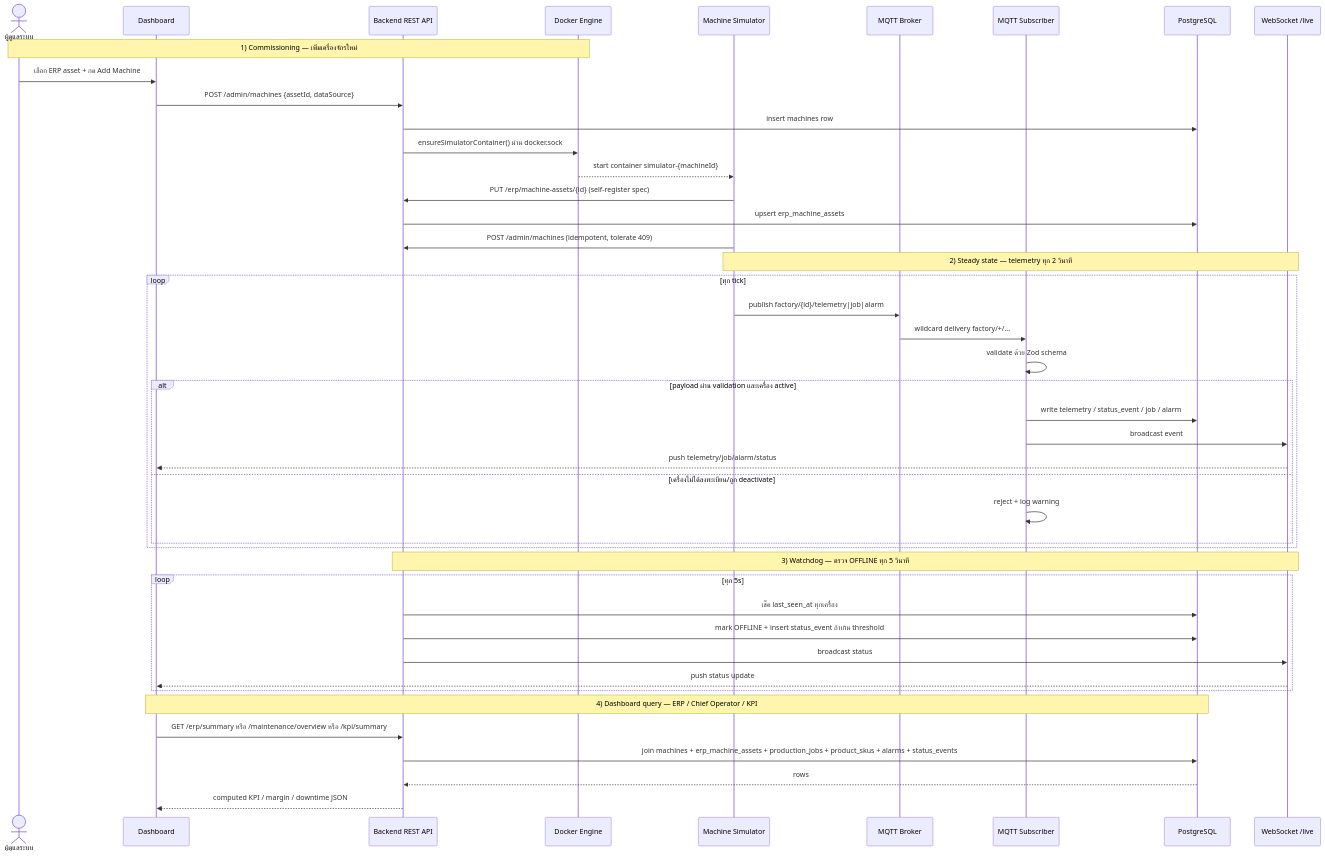
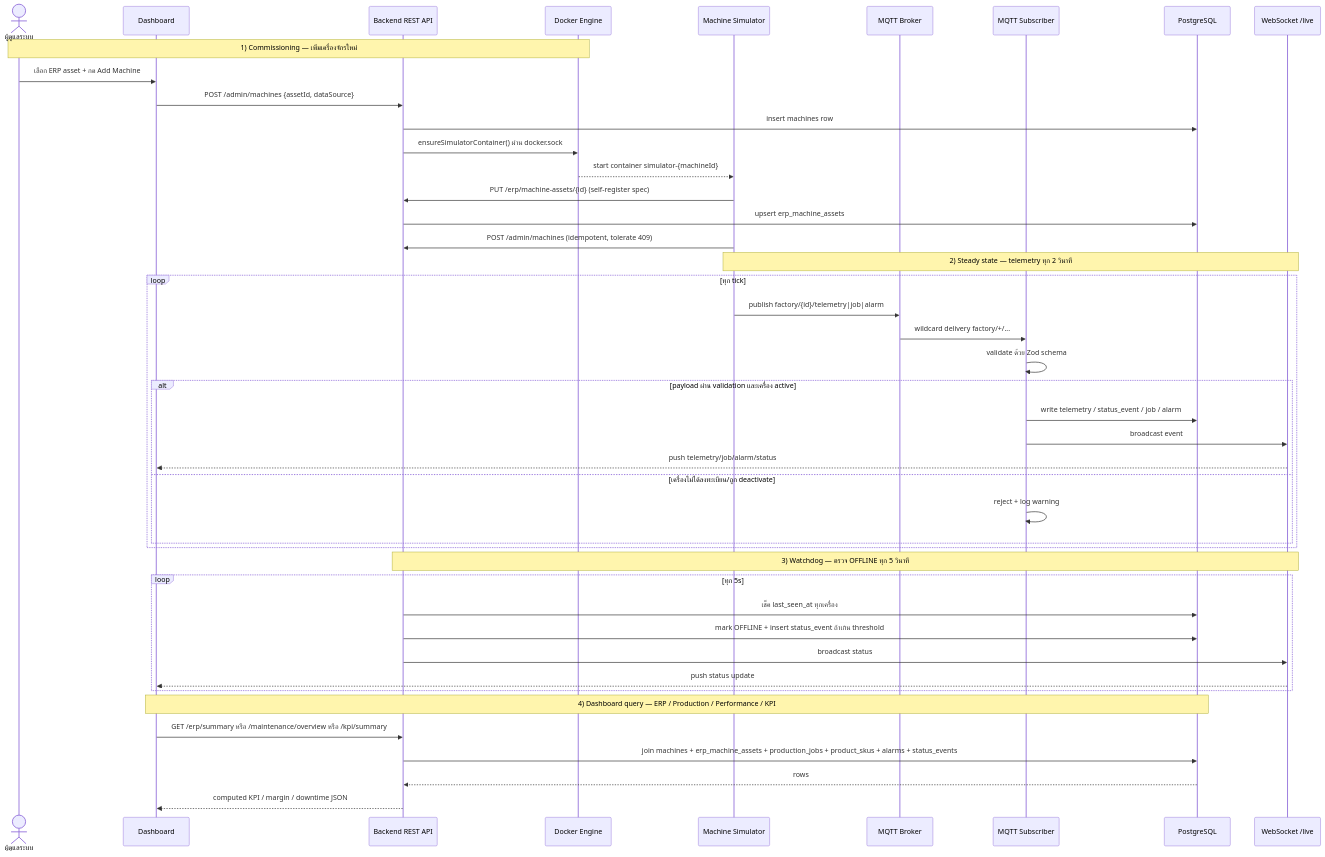
Before and after one commit to bowyani/Production_Monitoring: the second of 3 diagrams in README.md, drawn with Mermaid. The commit also changed other lines of this file and 16 other files, not shown here.

````diff
--- a/README.md
+++ b/README.md
@@ -294,50 +298,50 @@
 ```mermaid
 sequenceDiagram
     actor Admin as ผู้ดูแลระบบ
     participant Dash as Dashboard
     participant REST as Backend REST API
     participant Docker as Docker Engine
     participant Sim as Machine Simulator
     participant MQTT as MQTT Broker
     participant Sub as MQTT Subscriber
     participant DB as PostgreSQL
     participant WS as WebSocket /live
 
     Note over Admin,Docker: 1) Commissioning — เพิ่มเครื่องจักรใหม่
     Admin->>Dash: เลือก ERP asset + กด Add Machine
     Dash->>REST: POST /admin/machines {assetId, dataSource}
     REST->>DB: insert machines row
     REST->>Docker: ensureSimulatorContainer() ผ่าน docker.sock
     Docker-->>Sim: start container simulator-{machineId}
     Sim->>REST: PUT /erp/machine-assets/{id} (self-register spec)
     REST->>DB: upsert erp_machine_assets
     Sim->>REST: POST /admin/machines (idempotent, tolerate 409)
 
     Note over Sim,WS: 2) Steady state — telemetry ทุก 2 วินาที
     loop ทุก tick
         Sim->>MQTT: publish factory/{id}/telemetry|job|alarm
         MQTT->>Sub: wildcard delivery factory/+/...
         Sub->>Sub: validate ด้วย Zod schema
         alt payload ผ่าน validation และเครื่อง active
             Sub->>DB: write telemetry / status_event / job / alarm
             Sub->>WS: broadcast event
             WS-->>Dash: push telemetry/job/alarm/status
         else เครื่องไม่ได้ลงทะเบียน/ถูก deactivate
             Sub->>Sub: reject + log warning
         end
     end
 
     Note over REST,WS: 3) Watchdog — ตรวจ OFFLINE ทุก 5 วินาที
     loop ทุก 5s
         REST->>DB: เช็ค last_seen_at ทุกเครื่อง
         REST->>DB: mark OFFLINE + insert status_event ถ้าเกิน threshold
         REST->>WS: broadcast status
         WS-->>Dash: push status update
     end
 
-    Note over Dash,DB: 4) Dashboard query — ERP / Chief Operator / KPI
+    Note over Dash,DB: 4) Dashboard query — ERP / Production / Performance / KPI
     Dash->>REST: GET /erp/summary หรือ /maintenance/overview หรือ /kpi/summary
     REST->>DB: join machines + erp_machine_assets + production_jobs + product_skus + alarms + status_events
     DB-->>REST: rows
     REST-->>Dash: computed KPI / margin / downtime JSON
 ```
````
